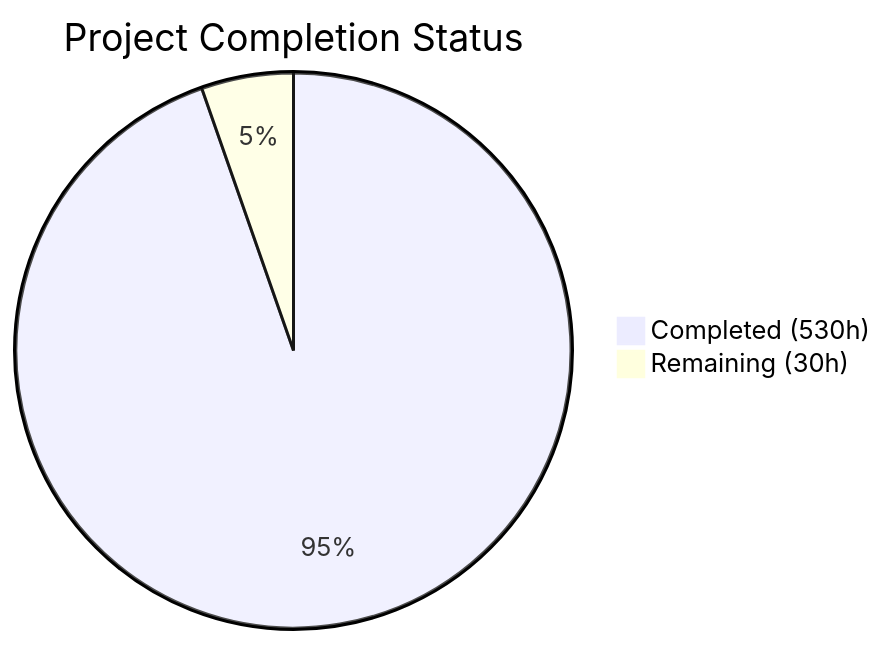
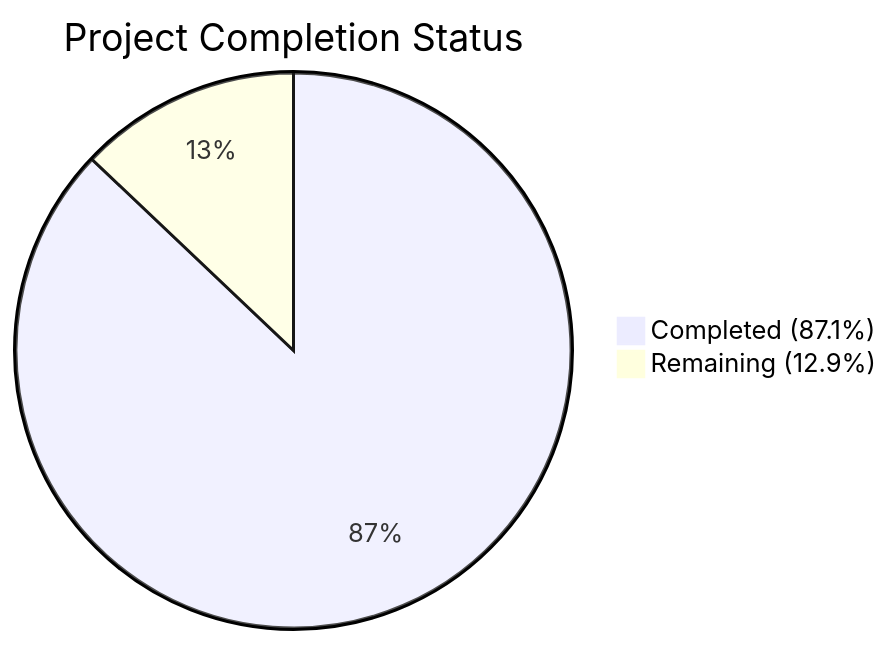
Before and after one commit to gophc/blitzy-c-compiler: the first of 2 diagrams in blitzy/documentation/Project Guide.md, drawn with Mermaid. The commit also changed other lines of this file, not shown here.

Commit message:
Adding Blitzy Project Guide: Project Status and Human Tasks Remaining

````diff
--- a/blitzy/documentation/Project Guide.md
+++ b/blitzy/documentation/Project Guide.md
@@ -15,5 +13,5 @@
 ```mermaid
 pie title Project Completion Status
-    "Completed (530h)" : 530
-    "Remaining (30h)" : 30
+    "Completed (87.1%)" : 620
+    "Remaining (12.9%)" : 92
 ```
````
